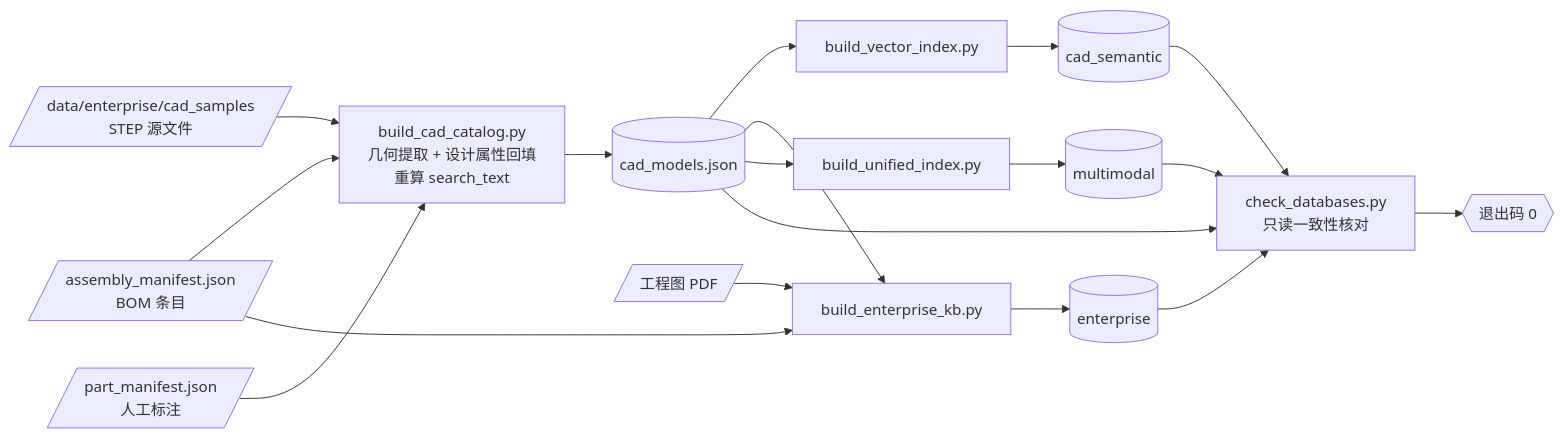
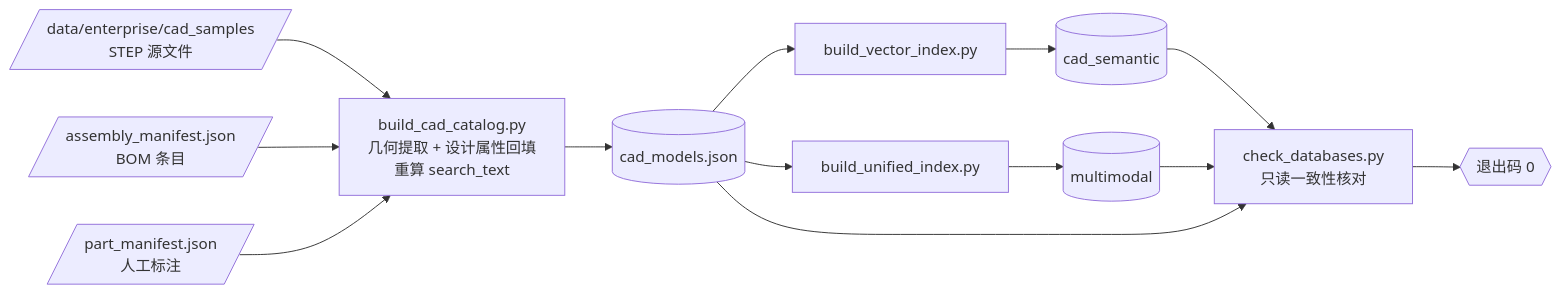
The third of 3 diagrams in CLAUDE.md (Wwz123Abc/machining_unified_ai), drawn with Mermaid before and after one commit. The commit also changed other lines of this file and 29 other files, not shown here.

First line of the commit message:
上线前收尾：企业问答移除、图号快速通道、断崖截断、双层磁盘缓存、数据状态面板

````diff
--- a/CLAUDE.md
+++ b/CLAUDE.md
@@ -264,20 +270,16 @@
 ```mermaid
 flowchart LR
     STEP[/data/enterprise/cad_samples<br/>STEP 源文件/] --> B1
     BOM[/assembly_manifest.json<br/>BOM 条目/] --> B1
     PM[/part_manifest.json<br/>人工标注/] --> B1
 
     B1[build_cad_catalog.py<br/>几何提取 + 设计属性回填<br/>重算 search_text] --> CAT[(cad_models.json)]
 
     CAT --> B2[build_vector_index.py] --> V1[(cad_semantic)]
-    CAT --> B3[build_enterprise_kb.py] --> V2[(enterprise)]
-    BOM --> B3
-    DWG[/工程图 PDF/] --> B3
     CAT --> B4[build_unified_index.py] --> V3[(multimodal)]
 
     V1 --> CK[check_databases.py<br/>只读一致性核对]
-    V2 --> CK
     V3 --> CK
     CAT --> CK
     CK --> OK{{退出码 0}}
 ```
````
